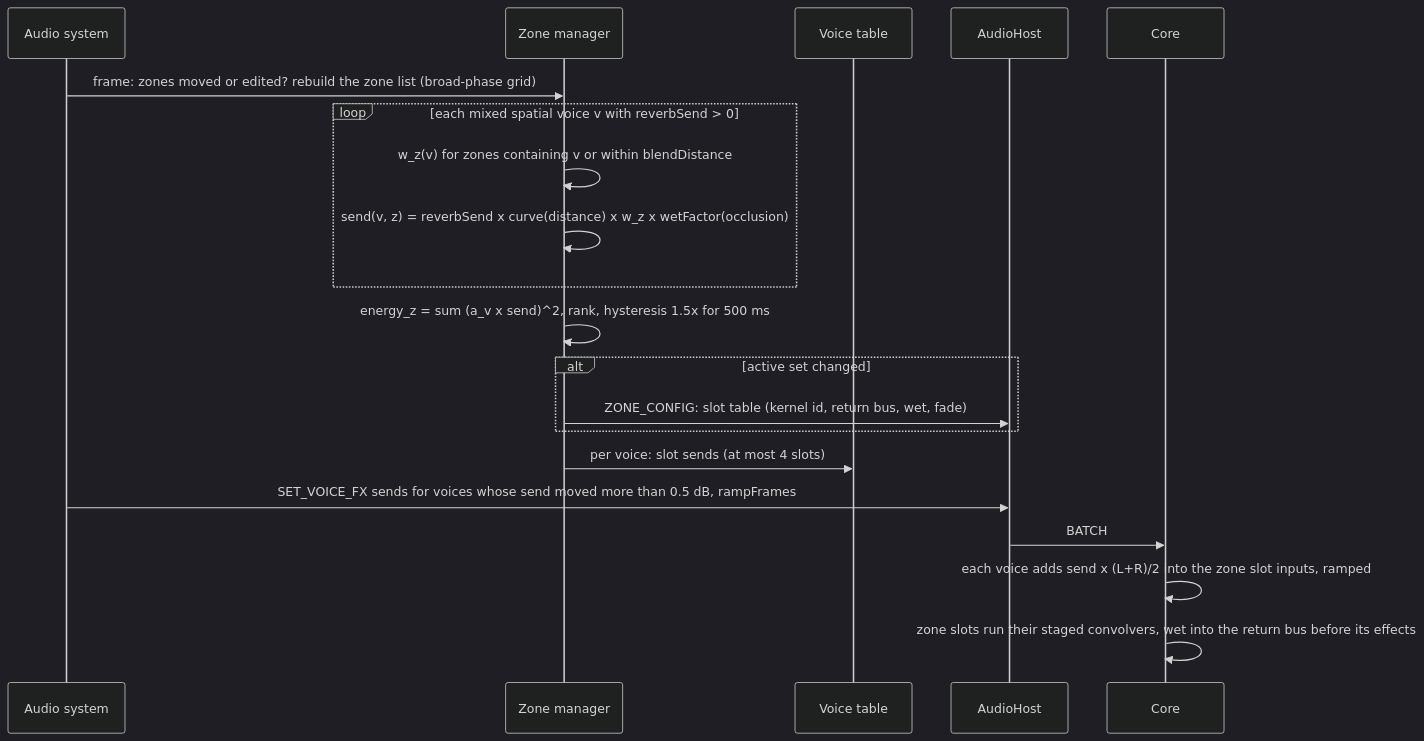
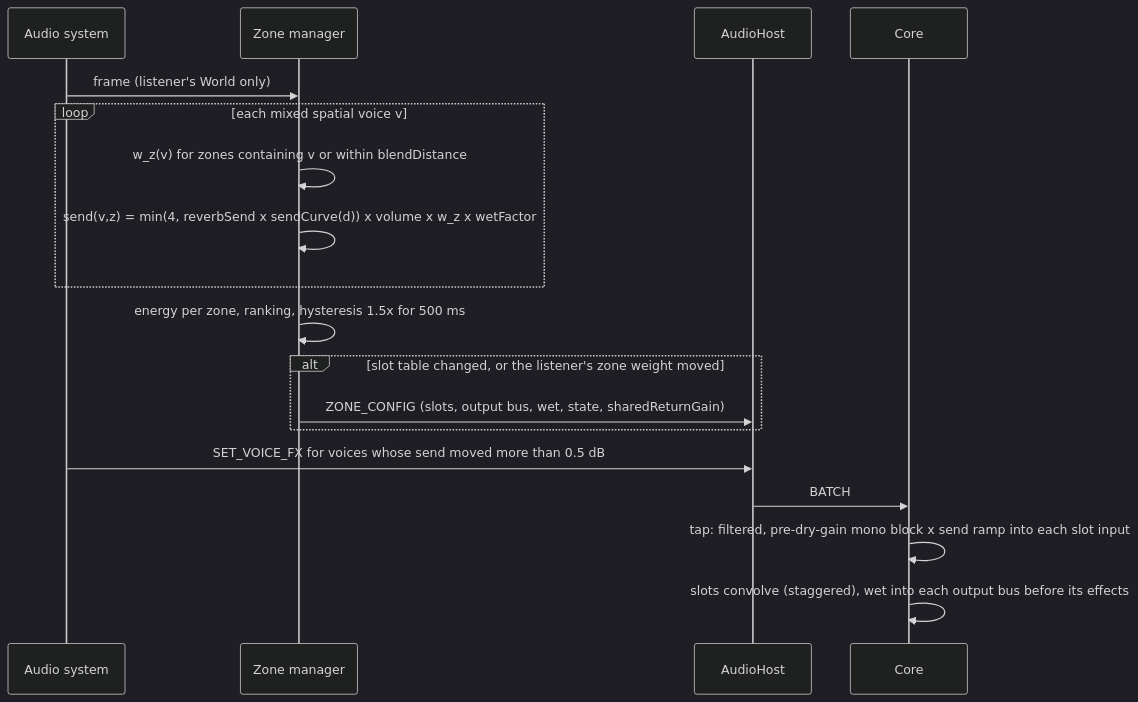
Before and after one commit to doughtnerd/TranquilityEngine: the seventh of 10 diagrams in docs/design/0162-audio-spatial/architecture.md, drawn with Mermaid (dark theme). The commit also changed other lines of this file and 4 other files, not shown here.

````diff
--- a/docs/design/0162-audio-spatial/architecture.md
+++ b/docs/design/0162-audio-spatial/architecture.md
@@ -268,22 +298,20 @@
 ```mermaid
 sequenceDiagram
   participant Y as Audio system
   participant Z as Zone manager
-  participant T as Voice table
   participant H as AudioHost
   participant K as Core
-  Y->>Z: frame: zones moved or edited? rebuild the zone list (broad-phase grid)
-  loop each mixed spatial voice v with reverbSend > 0
+  Y->>Z: frame (listener's World only)
+  loop each mixed spatial voice v
     Z->>Z: w_z(v) for zones containing v or within blendDistance
-    Z->>Z: send(v, z) = reverbSend x curve(distance) x w_z x wetFactor(occlusion)
+    Z->>Z: send(v,z) = min(4, reverbSend x sendCurve(d)) x volume x w_z x wetFactor
   end
-  Z->>Z: energy_z = sum (a_v x send)^2, rank, hysteresis 1.5x for 500 ms
-  alt active set changed
-    Z->>H: ZONE_CONFIG: slot table (kernel id, return bus, wet, fade)
+  Z->>Z: energy per zone, ranking, hysteresis 1.5x for 500 ms
+  alt slot table changed, or the listener's zone weight moved
+    Z->>H: ZONE_CONFIG (slots, output bus, wet, state, sharedReturnGain)
   end
-  Z->>T: per voice: slot sends (at most 4 slots)
-  Y->>H: SET_VOICE_FX sends for voices whose send moved more than 0.5 dB, rampFrames
+  Y->>H: SET_VOICE_FX for voices whose send moved more than 0.5 dB
   H->>K: BATCH
-  K->>K: each voice adds send x (L+R)/2 into the zone slot inputs, ramped
-  K->>K: zone slots run their staged convolvers, wet into the return bus before its effects
+  K->>K: tap: filtered, pre-dry-gain mono block x send ramp into each slot input
+  K->>K: slots convolve (staggered), wet into each output bus before its effects
 ```
````
